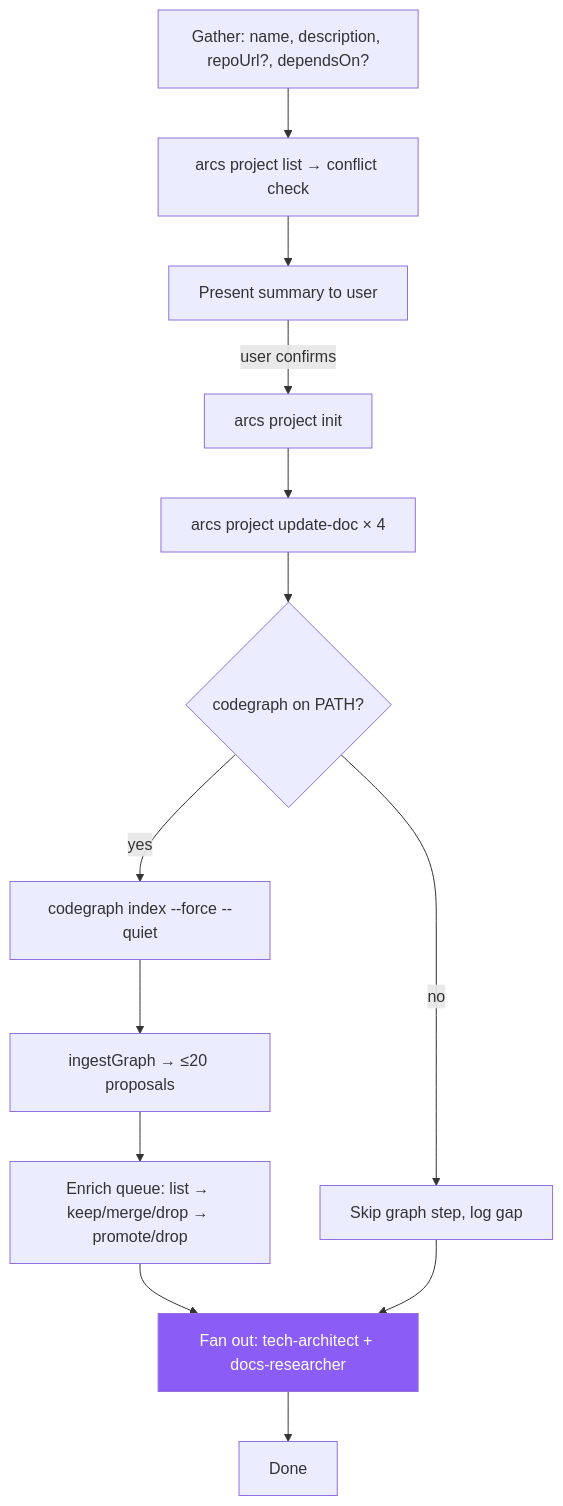
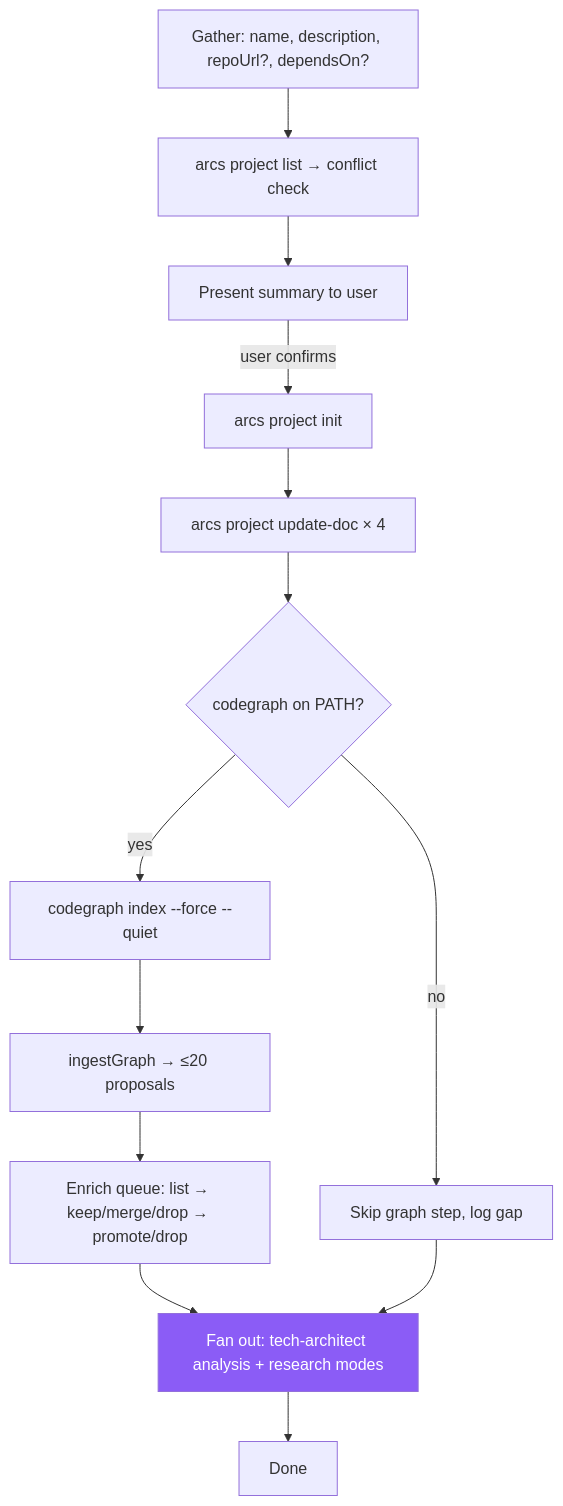
One commit to rryando/arcs changed the diagram in opencode/arcs/skills/init-project/SKILL.md. Above: the diagram before and after it, drawn with Mermaid. The commit also changed other lines of this file and 70 other files, not shown here.

````diff
--- a/opencode/arcs/skills/init-project/SKILL.md
+++ b/opencode/arcs/skills/init-project/SKILL.md
@@ -16,17 +16,17 @@
 ```mermaid
 flowchart TD
     classDef sub fill:#8b5cf6,color:#fff
 
     A[Gather: name, description, repoUrl?, dependsOn?] --> B[arcs project list → conflict check]
     B --> C[Present summary to user]
     C -->|user confirms| D[arcs project init]
     D --> E[arcs project update-doc × 4]
     E --> F{codegraph on PATH?}
     F -->|yes| G[codegraph index --force --quiet]
     F -->|no| H[Skip graph step, log gap]
     G --> G2[ingestGraph → ≤20 proposals]
     G2 --> G3[Enrich queue: list → keep/merge/drop → promote/drop]
-    G3 --> I[Fan out: tech-architect + docs-researcher]:::sub
+    G3 --> I[Fan out: tech-architect analysis + research modes]:::sub
     H --> I
     I --> K[Done]
 ```
````
